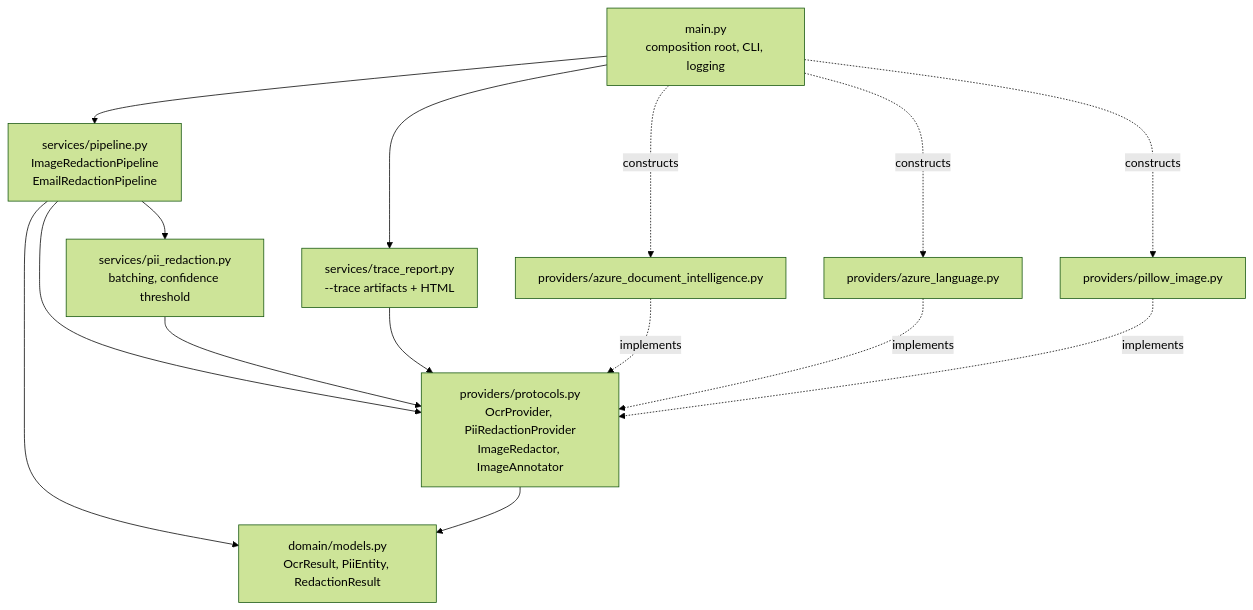
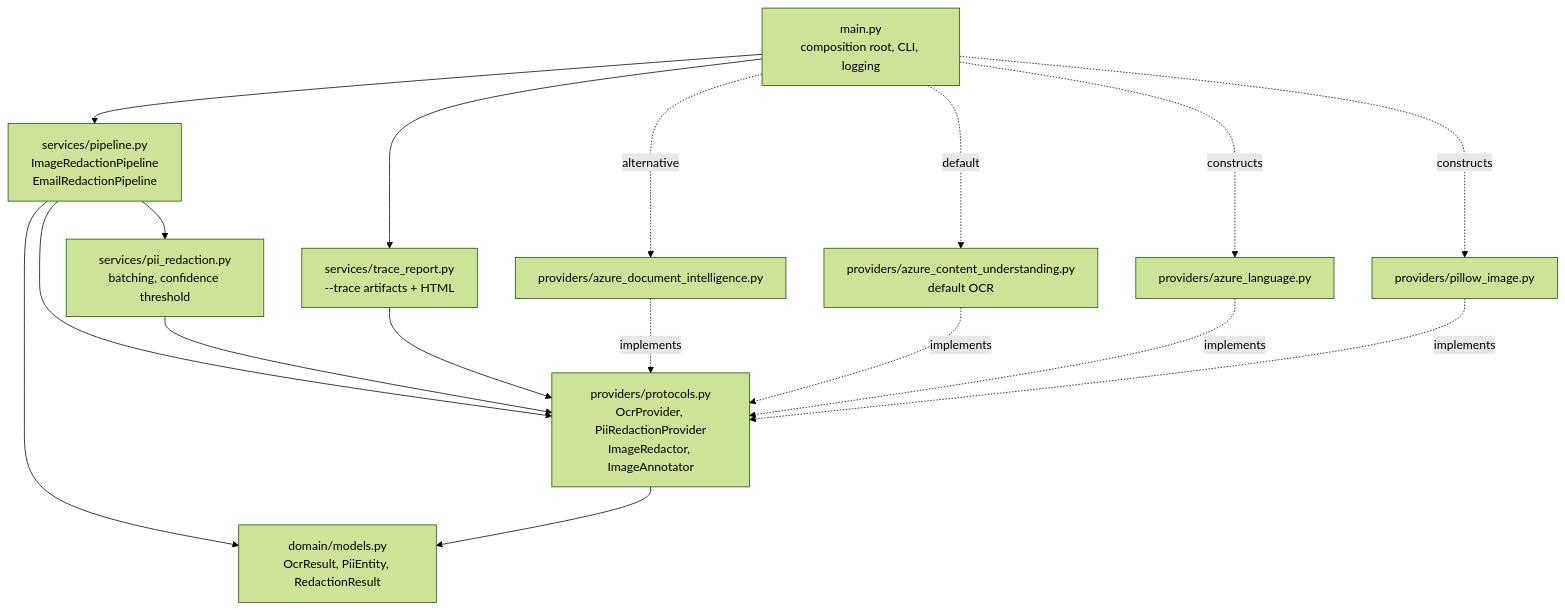
One commit to vinodpatil-ms/pii-redaction-demo changed the third of 3 diagrams in docs/architecture.md. Above: the diagram before and after it, drawn with Mermaid (forest theme). The commit also changed other lines of this file and 15 other files, not shown here.

First line of the commit message:
Use Content Understanding OCR with dedicated Azure infrastructure

````diff
--- a/docs/architecture.md
+++ b/docs/architecture.md
@@ -104,27 +138,30 @@
 ```mermaid
 flowchart TD
     MAIN["main.py<br/>composition root, CLI, logging"]
     PIPE["services/pipeline.py<br/>ImageRedactionPipeline<br/>EmailRedactionPipeline"]
     PII["services/pii_redaction.py<br/>batching, confidence threshold"]
     TRACE["services/trace_report.py<br/>--trace artifacts + HTML"]
     PROTO["providers/protocols.py<br/>OcrProvider, PiiRedactionProvider<br/>ImageRedactor, ImageAnnotator"]
     AD["providers/azure_document_intelligence.py"]
+    CU["providers/azure_content_understanding.py<br/>default OCR"]
     AL["providers/azure_language.py"]
     PIL["providers/pillow_image.py"]
     DOM["domain/models.py<br/>OcrResult, PiiEntity, RedactionResult"]
 
     MAIN --> PIPE
     MAIN --> TRACE
-    MAIN -.->|constructs| AD
+    MAIN -.->|default| CU
+    MAIN -.->|alternative| AD
     MAIN -.->|constructs| AL
     MAIN -.->|constructs| PIL
     PIPE --> PII
     PIPE --> PROTO
     PII --> PROTO
     TRACE --> PROTO
     AD -.->|implements| PROTO
+    CU -.->|implements| PROTO
     AL -.->|implements| PROTO
     PIL -.->|implements| PROTO
     PIPE --> DOM
     PROTO --> DOM
 ```
````
